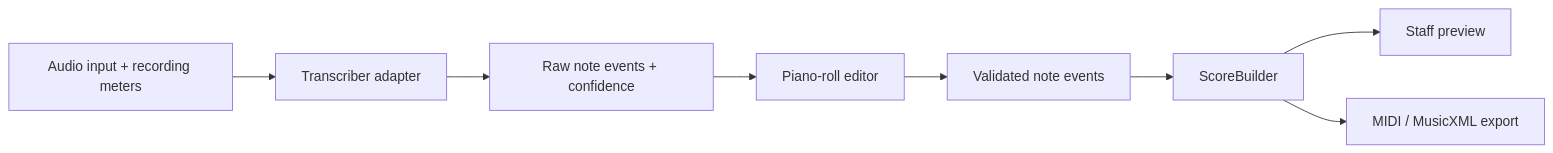
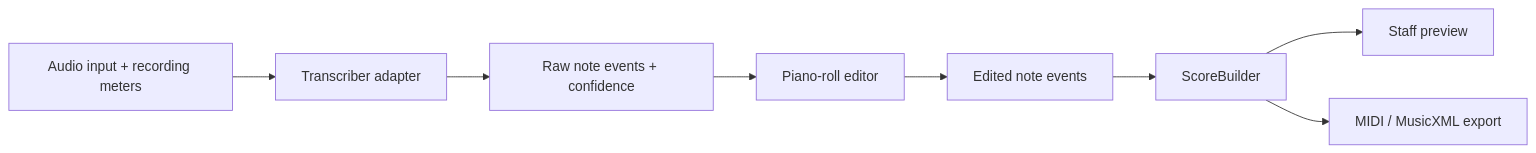
One commit to freechie/audio2score changed the diagram in README.md. Above: the diagram before and after it, drawn with Mermaid. The commit also changed other lines of this file and 3 other files, not shown here.

````diff
--- a/README.md
+++ b/README.md
@@ -88,10 +150,10 @@
 ```mermaid
 flowchart LR
     A["Audio input + recording meters"] --> B["Transcriber adapter"]
     B --> C["Raw note events + confidence"]
     C --> D["Piano-roll editor"]
-    D --> E["Validated note events"]
+    D --> E["Edited note events"]
     E --> F["ScoreBuilder"]
     F --> G["Staff preview"]
     F --> H["MIDI / MusicXML export"]
 ```
````
